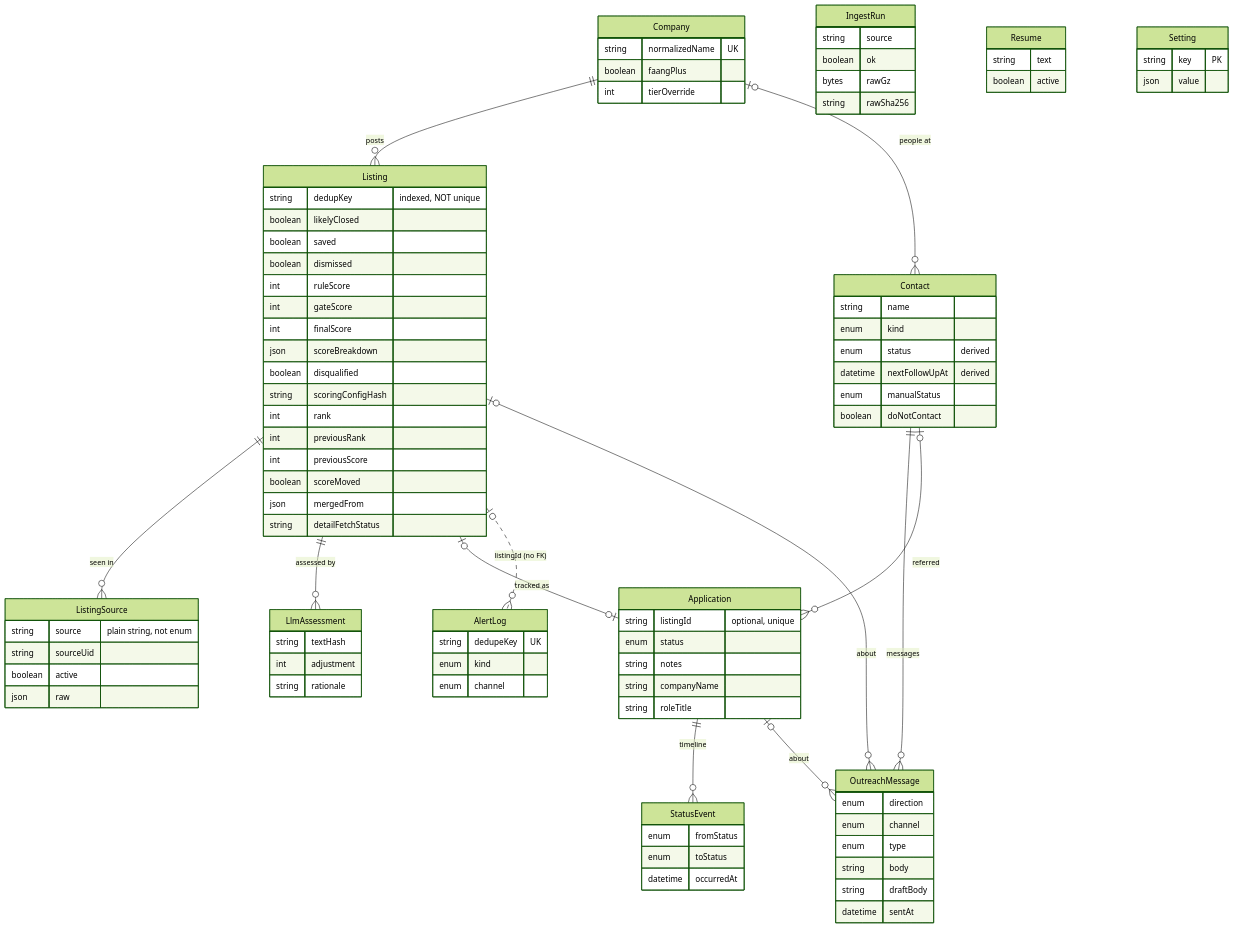
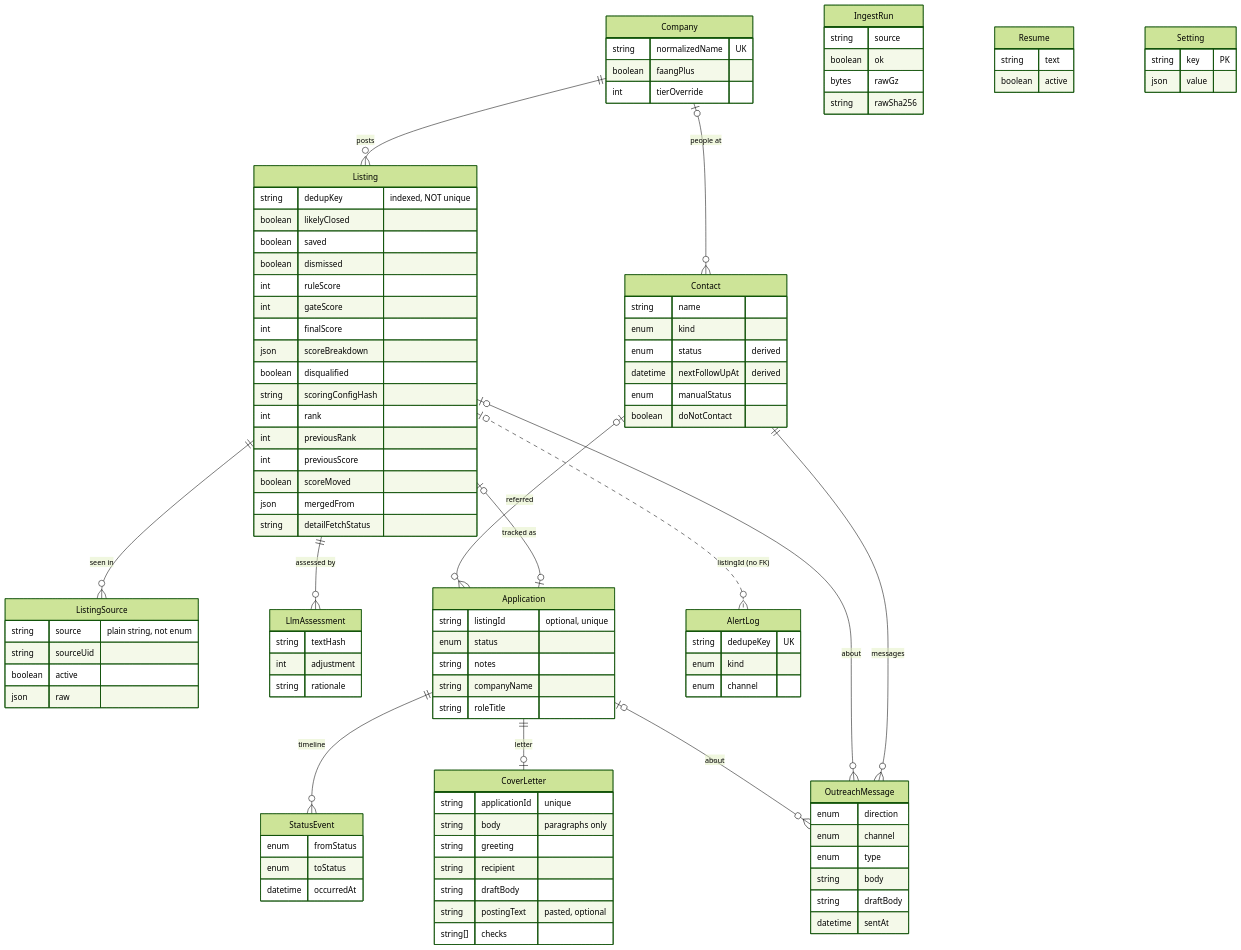
Before and after one commit to jaydenmistry/internship-tracker: the second of 2 diagrams in docs/ARCHITECTURE.md, drawn with Mermaid (forest theme). The commit also changed other lines of this file and 48 other files, not shown here.

````diff
--- a/docs/ARCHITECTURE.md
+++ b/docs/ARCHITECTURE.md
@@ -98,6 +98,7 @@
   Listing |o--o{ OutreachMessage : "about"
   Application |o--o{ OutreachMessage : "about"
   Contact |o--o{ Application : "referred"
+  Application ||--o| CoverLetter : "letter"
 
   Company {
     string normalizedName UK
@@ -180,4 +181,13 @@
     string draftBody
     datetime sentAt
   }
+  CoverLetter {
+    string applicationId "unique"
+    string body "paragraphs only"
+    string greeting
+    string recipient
+    string draftBody
+    string postingText "pasted, optional"
+    string[] checks
+  }
 ```
````
